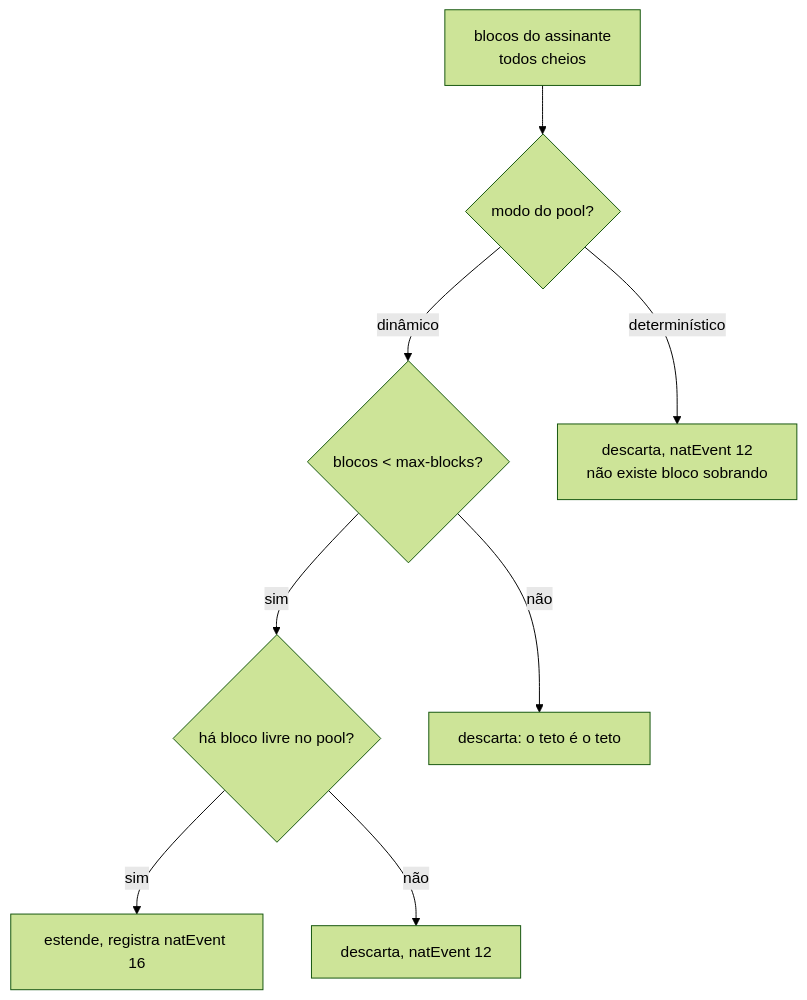
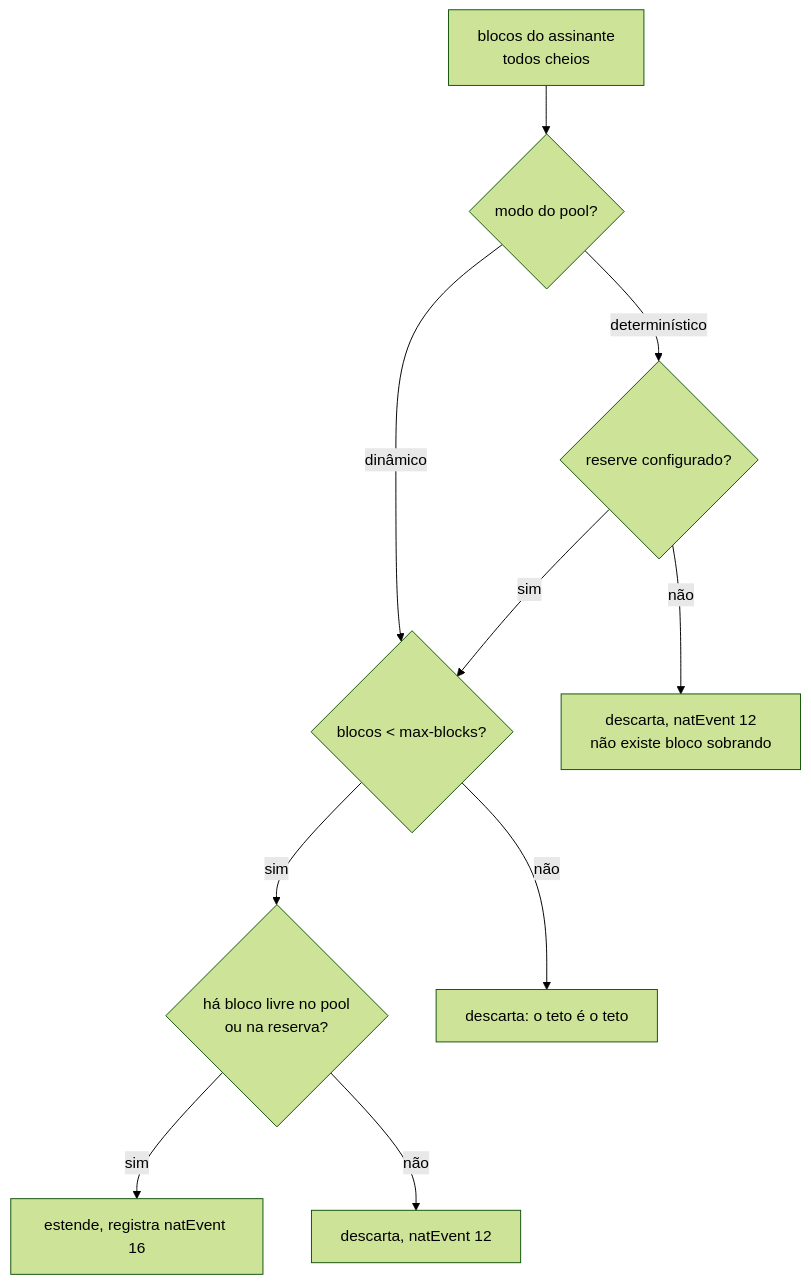
One commit to andrediashexa/prismarouting changed the diagram in wiki/operar/quando-o-bloco-de-um-assinante-enche.md. Above: the diagram before and after it, drawn with Mermaid (forest theme). The commit also changed other lines of this file and 33 other files, not shown here.

````diff
--- a/wiki/operar/quando-o-bloco-de-um-assinante-enche.md
+++ b/wiki/operar/quando-o-bloco-de-um-assinante-enche.md
@@ -122,10 +129,12 @@
 ```mermaid
 flowchart TD
     A["blocos do assinante<br/>todos cheios"] --> B{"modo do pool?"}
-    B -->|dinâmico| C{"blocos < max-blocks?"}
-    B -->|determinístico| D["descarta, natEvent 12<br/>não existe bloco sobrando"]
-    C -->|sim| E{"há bloco livre no pool?"}
+    B -->|dinâmico| C{"blocos &lt; max-blocks?"}
+    B -->|determinístico| R{"reserve configurado?"}
+    R -->|não| D["descarta, natEvent 12<br/>não existe bloco sobrando"]
+    R -->|sim| C
+    C -->|sim| E{"há bloco livre no pool<br/>ou na reserva?"}
     C -->|não| F["descarta: o teto é o teto"]
     E -->|sim| G["estende, registra natEvent 16"]
     E -->|não| H["descarta, natEvent 12"]
 ```
````
